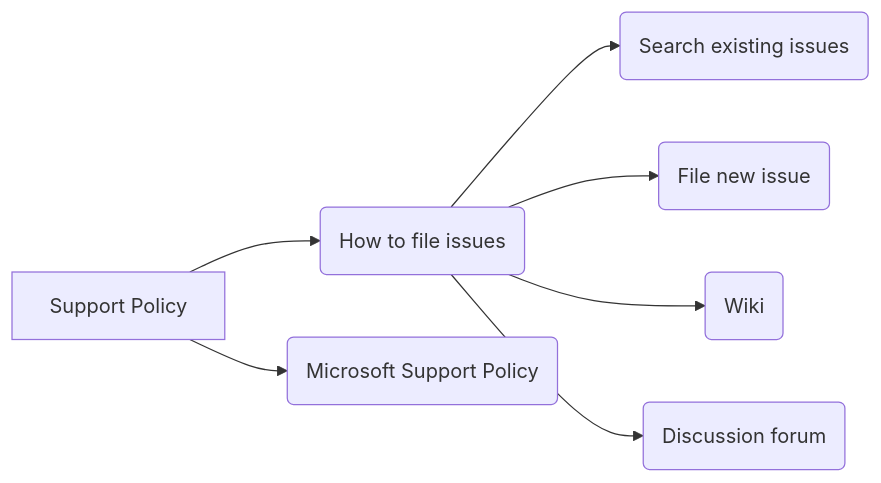
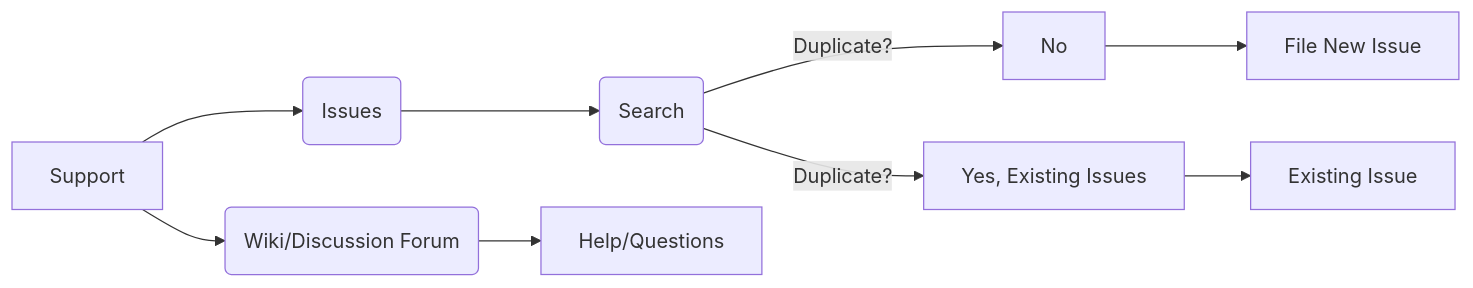
The diagram in docs/gemini/ru/explainer/src/ai/tiny_troupe/TinyTroupe/SUPPORT.md (hypo69/hypo), drawn with Mermaid before and after one commit. The commit also changed other lines of this file and 632 other files, not shown here.

````diff
--- a/docs/gemini/ru/explainer/src/ai/tiny_troupe/TinyTroupe/SUPPORT.md
+++ b/docs/gemini/ru/explainer/src/ai/tiny_troupe/TinyTroupe/SUPPORT.md
@@ -26,9 +26,11 @@
 ```mermaid
 graph LR
-    A[Support Policy] --> B(How to file issues);
-    B --> C(Search existing issues);
-    B --> D(File new issue);
-    B --> E(Wiki);
-    B --> F(Discussion forum);
-    A --> G(Microsoft Support Policy);
+    A[Support] --> B(Issues);
+    B --> C(Search);
+    C -- Duplicate? --> D[No];
+    C -- Duplicate? --> E[Yes, Existing Issues];
+    D --> F[File New Issue];
+    E --> G[Existing Issue];
+    A --> H(Wiki/Discussion Forum);
+    H --> I[Help/Questions];
 ```
````
